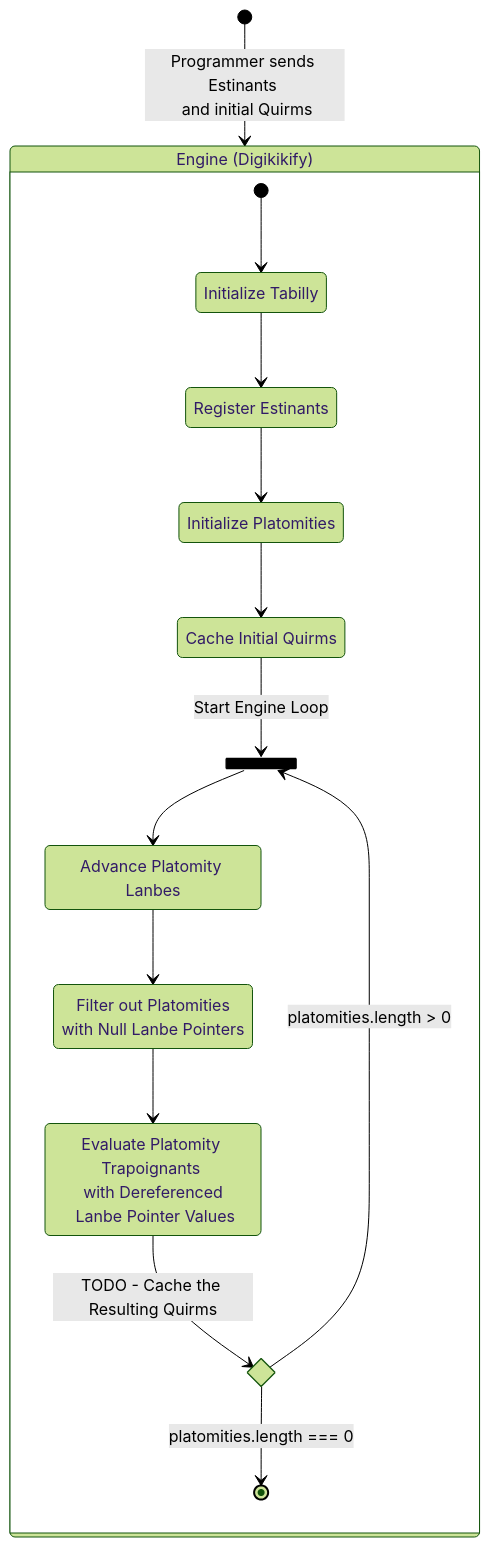
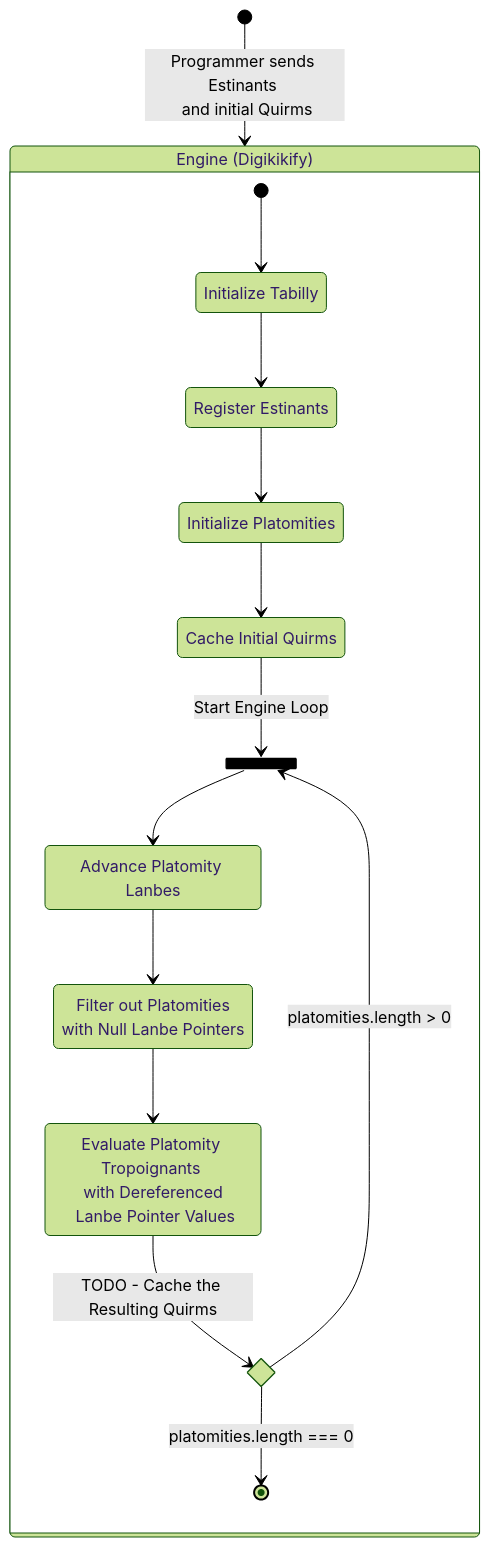
One commit to rachidlamouri/testing-platform changed the fourth of 6 diagrams in packages/open-schema-type-script/README.md. Above: the diagram before and after it, drawn with Mermaid (forest theme). The commit also changed other lines of this file and 3 other files, not shown here.

````diff
--- a/packages/open-schema-type-script/README.md
+++ b/packages/open-schema-type-script/README.md
@@ -116,33 +116,33 @@
 ```mermaid
 stateDiagram-v2
 
 state "Engine (Digikikify)" as E
 
 [*] --> E: Programmer sends Estinants <br> and initial Quirms
 
 state E {
   state "Initialize Tabilly" as E1
   state "Register Estinants" as E2
   state "Initialize Platomities" as E3
   state "Cache Initial Quirms" as E4
   state MainLoop <<fork>>
   state "Advance Platomity Lanbes" as L1
   state "Filter out Platomities <br> with Null Lanbe Pointers" as L2
-  state "Evaluate Platomity Trapoignants <br> with Dereferenced <br> Lanbe Pointer Values" as L3
+  state "Evaluate Platomity Tropoignants <br> with Dereferenced <br> Lanbe Pointer Values" as L3
   state While <<choice>>
 
   [*] --> E1
   E1 --> E2
   E2 --> E3
   E3 --> E4
   E4 --> MainLoop: Start Engine Loop
 
   MainLoop --> L1
   L1 --> L2
   L2 --> L3
   L3 --> While: TODO - Cache the Resulting Quirms
 
   While --> MainLoop: platomities.length > 0
   While --> [*]: platomities.length === 0
 }
 ```
````
